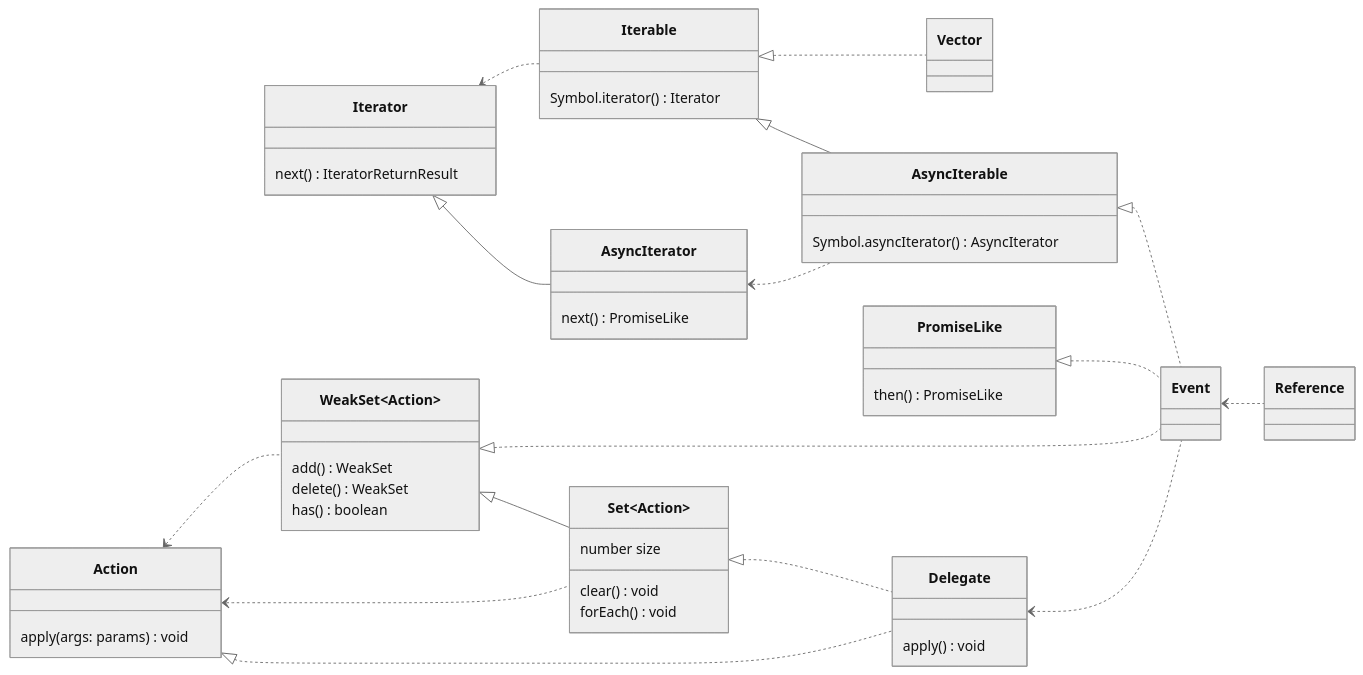
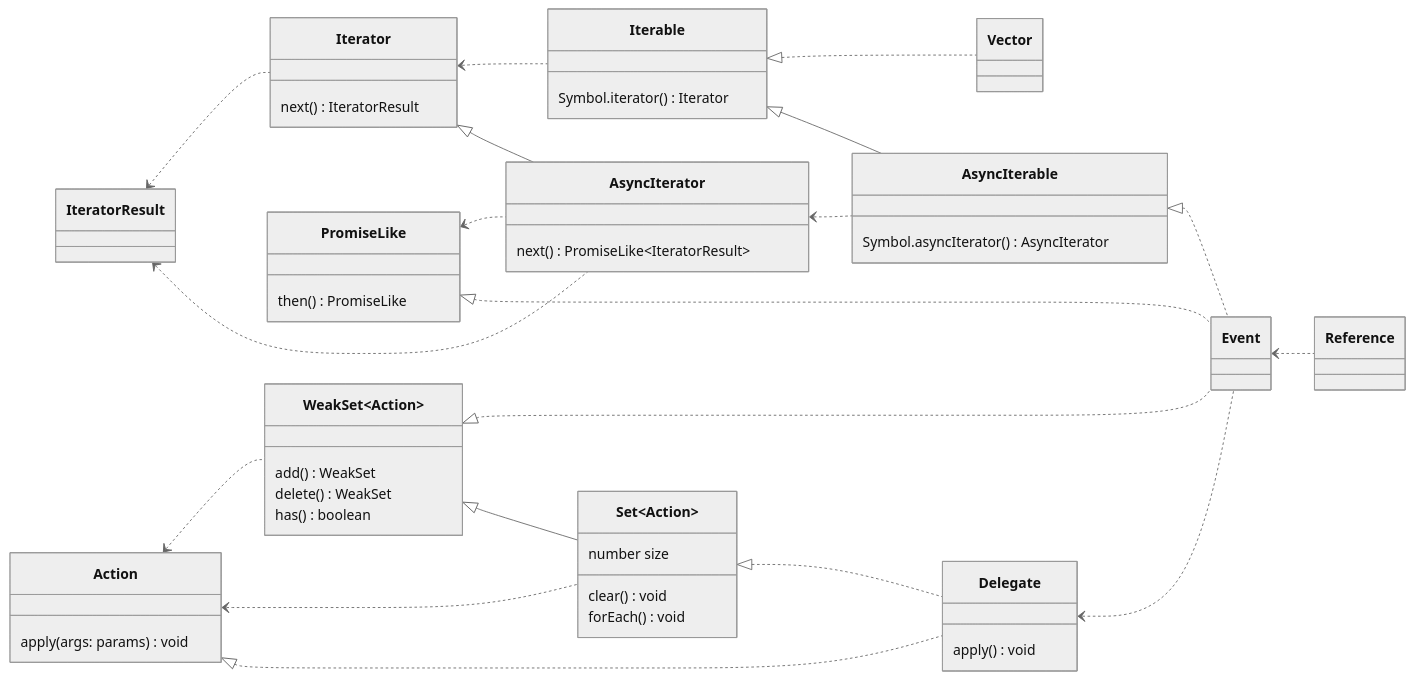
One commit to domrally/peekeasy changed the fourth of 4 diagrams in README.md. Above: the diagram before and after it, drawn with Mermaid (neutral theme).

````diff
--- a/README.md
+++ b/README.md
@@ -209,55 +209,58 @@
 ```mermaid
 classDiagram
     direction LR
     Iterable <|.. Vector
     Iterator <.. Iterable
     Iterable <|-- AsyncIterable
     Iterator <|-- AsyncIterator
     AsyncIterator <.. AsyncIterable
     AsyncIterable <|.. Event
+    PromiseLike <.. AsyncIterator
+    IteratorResult <.. Iterator
+    IteratorResult <.. AsyncIterator
     PromiseLike <|.. Event
     WeakSet~Action~ <|.. Event
     Action <.. WeakSet~Action~
     Action <.. Set~Action~
     Action <|.. Delegate
     Set~Action~ <|.. Delegate
     Delegate <.. Event
     Event <.. Reference
     WeakSet~Action~ <|-- Set~Action~
     class AsyncIterable {
         Symbol.asyncIterator() AsyncIterator
     }
     class Iterable {
         Symbol.iterator() Iterator
     }
     class Iterator {
-        next() IteratorReturnResult
+        next() IteratorResult
     }
     class AsyncIterator {
-        next() PromiseLike<IteratorReturnResult>
+        next() PromiseLike~IteratorResult~
     }
     class PromiseLike {
         then() PromiseLike
     }
     class WeakSet {
         add() WeakSet
         delete() WeakSet
         has() boolean
     }
     class Set {
         number size
         clear() void
         forEach() void
     }
     class Action {
         apply(args: params) void
     }
     class Delegate {
         apply() void
     }
     link Delegate "https://github.com/domrally/peekeasy/blob/main/src/delegate.ts" "delegate.ts"
     class Event
     link Event "https://github.com/domrally/peekeasy/blob/main/src/event.ts" "event.ts"
     class Vector
     link Vector "https://github.com/domrally/peekeasy/blob/main/src/vector.ts" "vector.ts"
 ```
````
